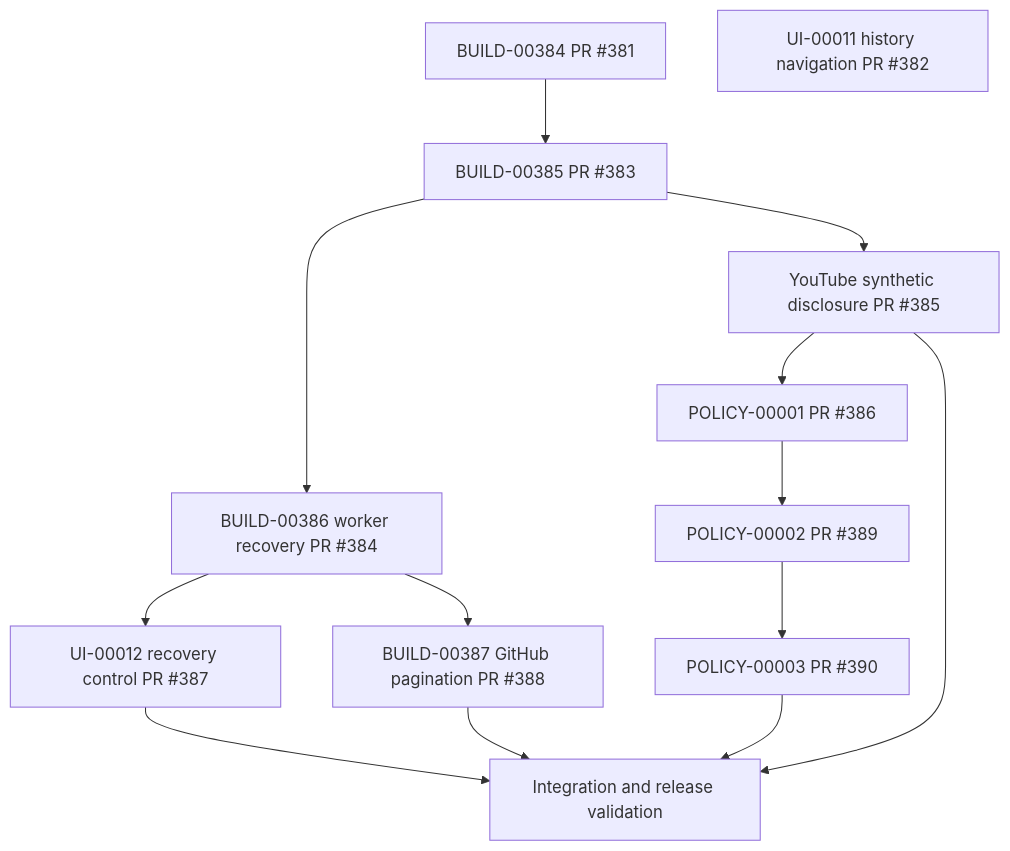
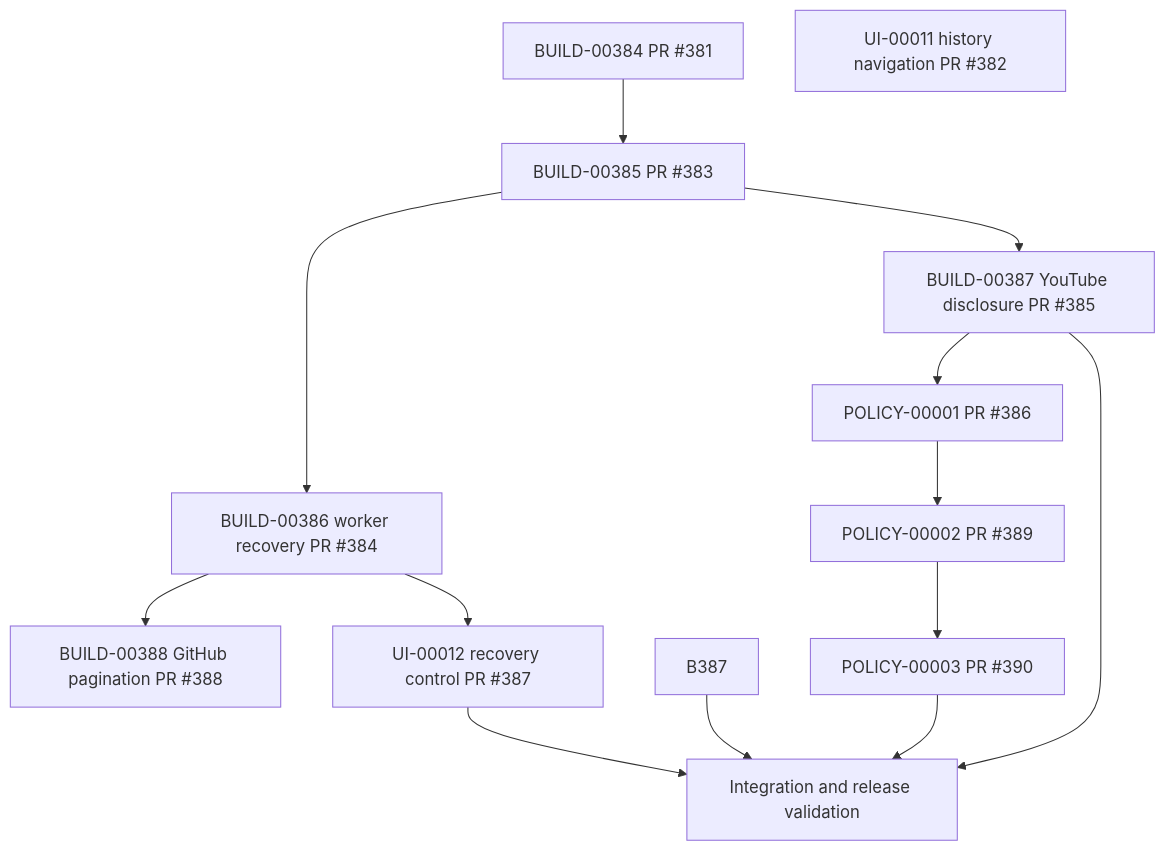
The diagram in docs/DEVELOPMENT_JOB_ORCHESTRATION.md (justinhblee-prog/shorts), drawn with Mermaid before and after one commit. The commit also changed other lines of this file, not shown here.

Commit message:
INTEGRATION: Correct build work item dependency graph identifiers

````diff
--- a/docs/DEVELOPMENT_JOB_ORCHESTRATION.md
+++ b/docs/DEVELOPMENT_JOB_ORCHESTRATION.md
@@ -76,16 +76,16 @@
 ```mermaid
 flowchart TD
   B384[BUILD-00384 PR #381] --> B385[BUILD-00385 PR #383]
   B385 --> B386[BUILD-00386 worker recovery PR #384]
-  B386 --> B387[BUILD-00387 GitHub pagination PR #388]
+  B385 --> YT[BUILD-00387 YouTube disclosure PR #385]
+  B386 --> B388[BUILD-00388 GitHub pagination PR #388]
   B386 --> U012[UI-00012 recovery control PR #387]
-  B385 --> YT[YouTube synthetic disclosure PR #385]
   YT --> P001[POLICY-00001 PR #386]
   P001 --> P002[POLICY-00002 PR #389]
   P002 --> P003[POLICY-00003 PR #390]
   U011[UI-00011 history navigation PR #382]
   U012 --> INT[Integration and release validation]
   B387 --> INT
   P003 --> INT
   YT --> INT
 ```
````
